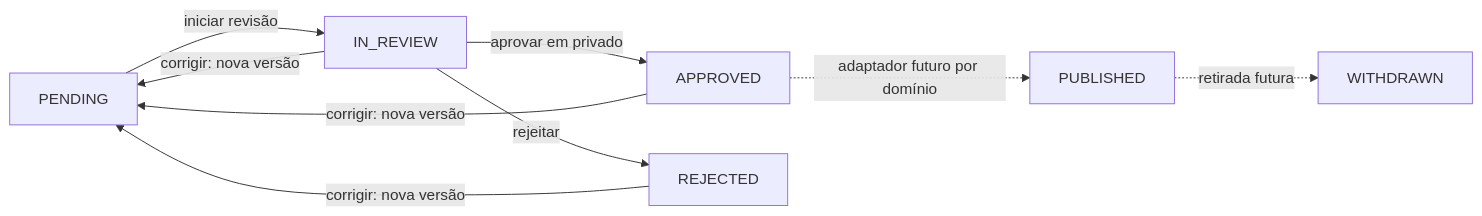
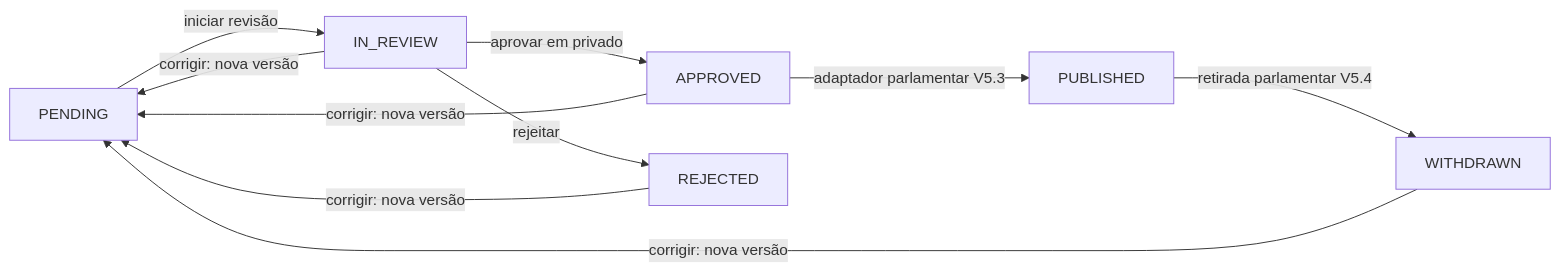
Before and after one commit to DxMaxi/transparencia-total-open-source: the diagram in docs/V5_EDITORIAL_FOUNDATION.md, drawn with Mermaid. The commit also changed other lines of this file and 27 other files, not shown here.

````diff
--- a/docs/V5_EDITORIAL_FOUNDATION.md
+++ b/docs/V5_EDITORIAL_FOUNDATION.md
@@ -35,11 +35,12 @@
 ```mermaid
 flowchart LR
   A["PENDING"] -->|"iniciar revisão"| B["IN_REVIEW"]
   B -->|"aprovar em privado"| C["APPROVED"]
   B -->|"rejeitar"| D["REJECTED"]
   B -->|"corrigir: nova versão"| A
   C -->|"corrigir: nova versão"| A
   D -->|"corrigir: nova versão"| A
-  C -. "adaptador futuro por domínio" .-> E["PUBLISHED"]
-  E -. "retirada futura" .-> F["WITHDRAWN"]
+  C -->|"adaptador parlamentar V5.3"| E["PUBLISHED"]
+  E -->|"retirada parlamentar V5.4"| F["WITHDRAWN"]
+  F -->|"corrigir: nova versão"| A
 ```
````
